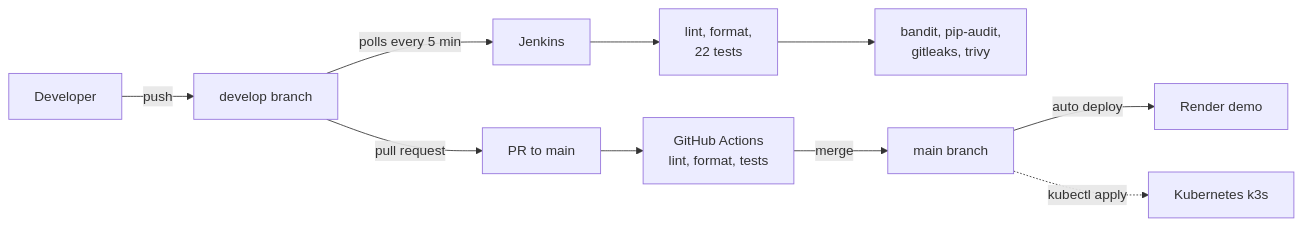
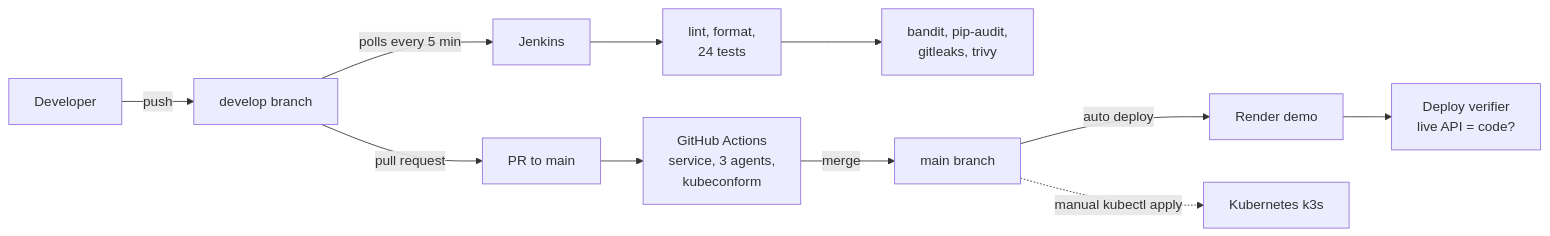
Before and after one commit to saroatov2910/welos-ai: the third of 3 diagrams in README.md, drawn with Mermaid. The commit also changed other lines of this file, not shown here.

````diff
--- a/README.md
+++ b/README.md
@@ -122,12 +129,13 @@
 ```mermaid
 flowchart LR
     dev[Developer] -->|push| develop[develop branch]
     develop -->|polls every 5 min| jenkins[Jenkins]
-    jenkins --> checks[lint, format,<br/>22 tests]
+    jenkins --> checks[lint, format,<br/>24 tests]
     checks --> scans[bandit, pip-audit,<br/>gitleaks, trivy]
     develop -->|pull request| pr[PR to main]
-    pr --> gha[GitHub Actions<br/>lint, format, tests]
+    pr --> gha[GitHub Actions<br/>service, 3 agents,<br/>kubeconform]
     gha -->|merge| main[main branch]
     main -->|auto deploy| render[Render demo]
-    main -.->|kubectl apply| k8s[Kubernetes k3s]
+    main -.->|manual kubectl apply| k8s[Kubernetes k3s]
+    render --> verify[Deploy verifier<br/>live API = code?]
 ```
````
